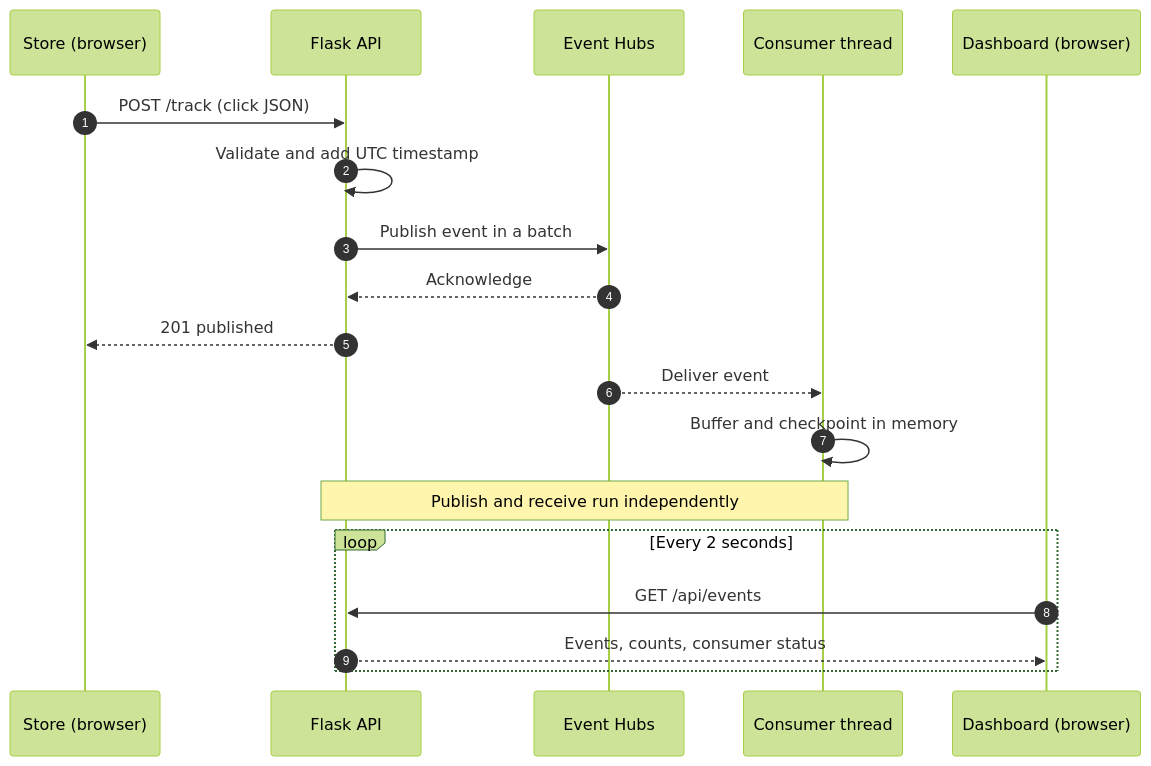
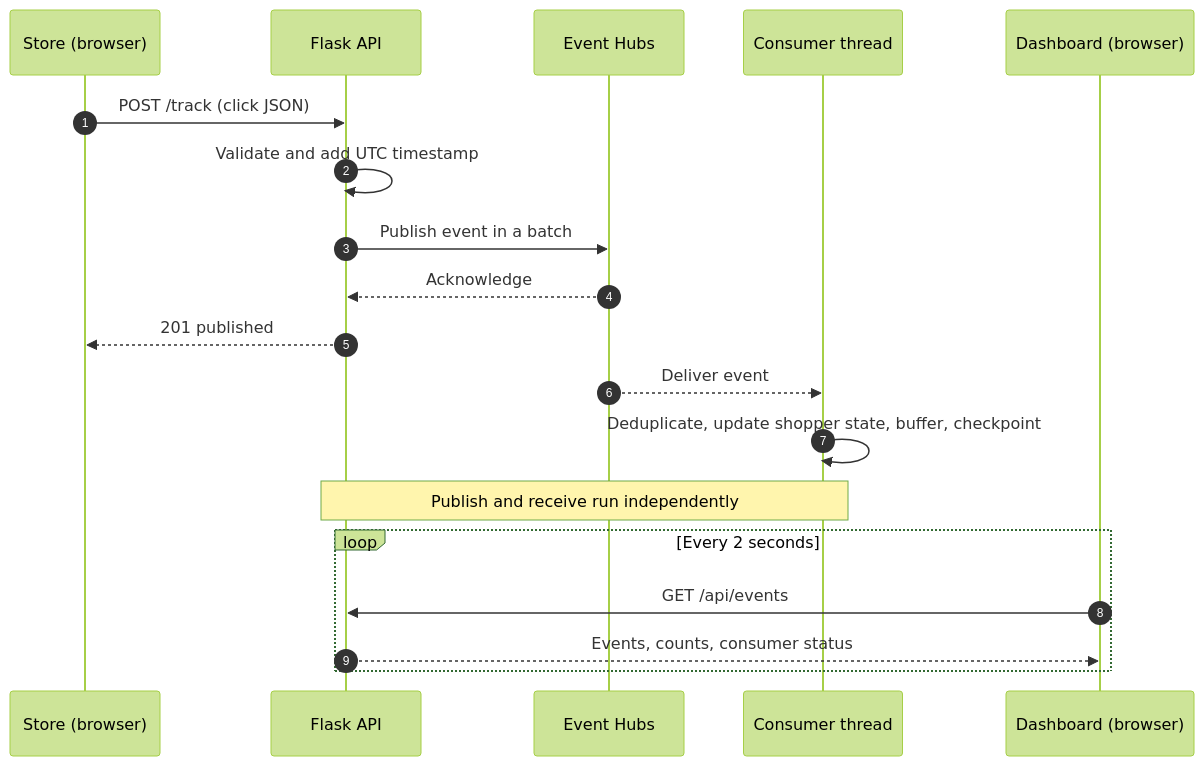
The third of 3 diagrams in README.md (ramymohamed10/26F_CST8916_Week10-Event-Hubs-Lab), drawn with Mermaid (forest theme) before and after one commit. The commit also changed other lines of this file and 10 other files, not shown here.

First line of the commit message:
feat: add shopping flow and live shopper analytics

````diff
--- a/README.md
+++ b/README.md
@@ -264,22 +285,22 @@
 ```mermaid
 sequenceDiagram
     autonumber
     participant Store as Store (browser)
     participant Flask as Flask API
     participant Hub as Event Hubs
     participant Consumer as Consumer thread
     participant Dashboard as Dashboard (browser)
 
     Store->>Flask: POST /track (click JSON)
     Flask->>Flask: Validate and add UTC timestamp
     Flask->>Hub: Publish event in a batch
     Hub-->>Flask: Acknowledge
     Flask-->>Store: 201 published
     Hub-->>Consumer: Deliver event
-    Consumer->>Consumer: Buffer and checkpoint in memory
+    Consumer->>Consumer: Deduplicate, update shopper state, buffer, checkpoint
     Note over Flask,Consumer: Publish and receive run independently
     loop Every 2 seconds
         Dashboard->>Flask: GET /api/events
         Flask-->>Dashboard: Events, counts, consumer status
     end
 ```
````
